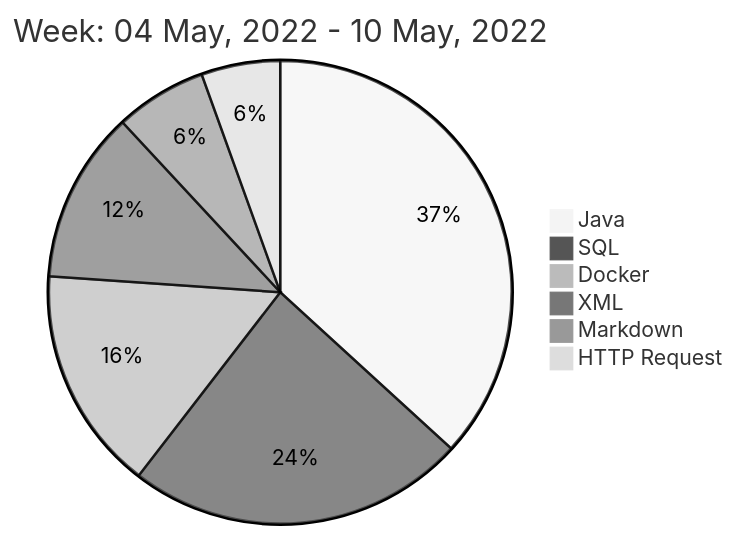
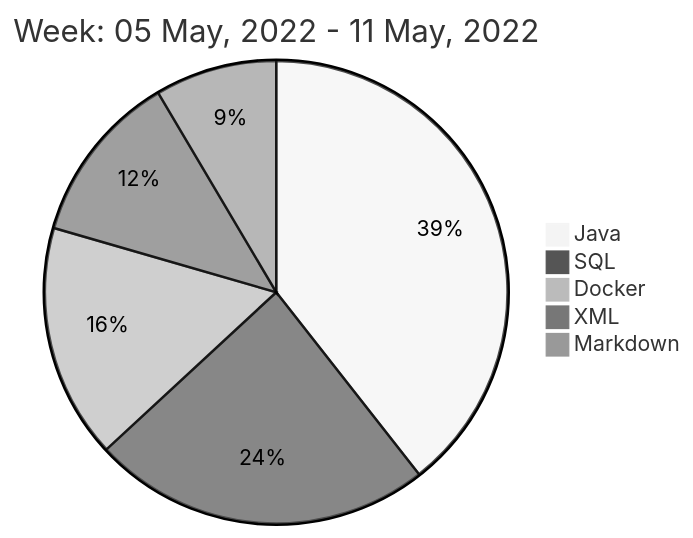
Before and after one commit to liubin95/liubin95: the diagram in README.md, drawn with Mermaid (neutral theme).

Commit message:
Updated the Graph with new Metrics

````diff
--- a/README.md
+++ b/README.md
@@ -40,10 +40,9 @@
 ```mermaid
  pie
-title Week: 04 May, 2022 - 10 May, 2022
- "Java" : 7.88
+title Week: 05 May, 2022 - 11 May, 2022
+ "Java" : 8.43
  "SQL" : 5.07
- "Docker" : 3.35
+ "Docker" : 3.5
  "XML" : 2.57
- "Markdown" : 1.37
- "HTTP Request" : 1.18
+ "Markdown" : 1.82
 ```
````
